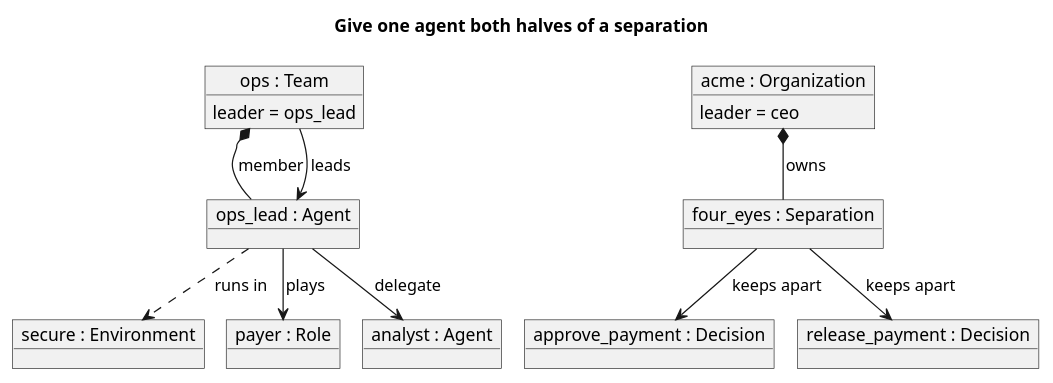
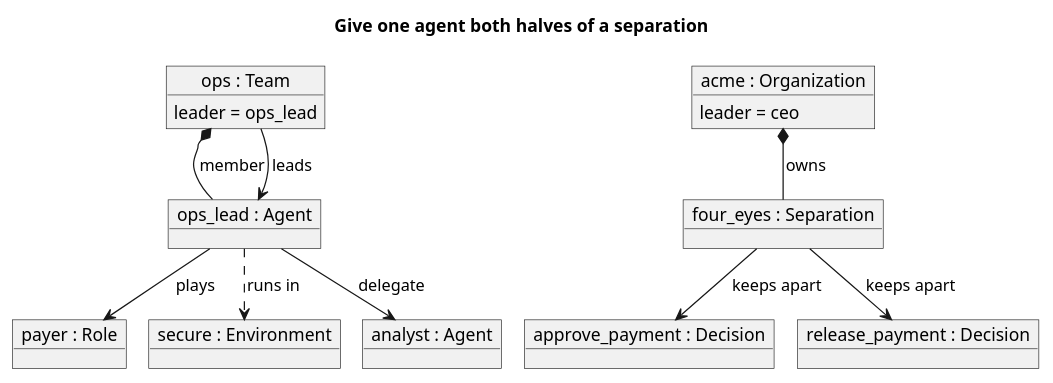
Before and after one commit to zoetsekas/agentic-organization: the diagram in docs/metamodel/scenarios/separation.puml, drawn with PlantUML. The commit also changed other lines of this file and 32 other files, not shown here.

First line of the commit message:
Split the metamodel into one UML profile per concern, with no change to the link rules (ADR-0112)

```diff
--- a/docs/metamodel/scenarios/separation.puml
+++ b/docs/metamodel/scenarios/separation.puml
@@ -1,25 +1,25 @@
 @startuml separation
 !pragma layout smetana
 title Give one agent both halves of a separation
 object "ops_lead : Agent" as agent_ops_lead
 object "four_eyes : Separation" as separation_four_eyes
 object "acme : Organization" as organization_acme {
   leader = ceo
 }
+object "payer : Role" as role_payer
 object "secure : Environment" as environment_secure
-object "payer : Role" as role_payer
 object "ops : Team" as team_ops {
   leader = ops_lead
 }
 object "approve_payment : Decision" as decision_approve_payment
 object "release_payment : Decision" as decision_release_payment
 object "analyst : Agent" as agent_analyst
 organization_acme *-- separation_four_eyes : owns
+agent_ops_lead --> role_payer : plays
 agent_ops_lead ..> environment_secure : runs in
-agent_ops_lead --> role_payer : plays
 team_ops *-- agent_ops_lead : member
 team_ops --> agent_ops_lead : leads
 separation_four_eyes --> decision_approve_payment : keeps apart
 separation_four_eyes --> decision_release_payment : keeps apart
 agent_ops_lead --> agent_analyst : delegate
 @enduml
```
